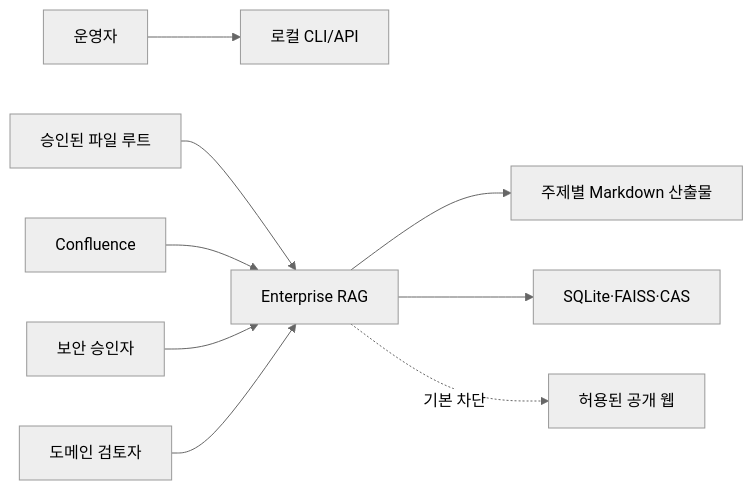
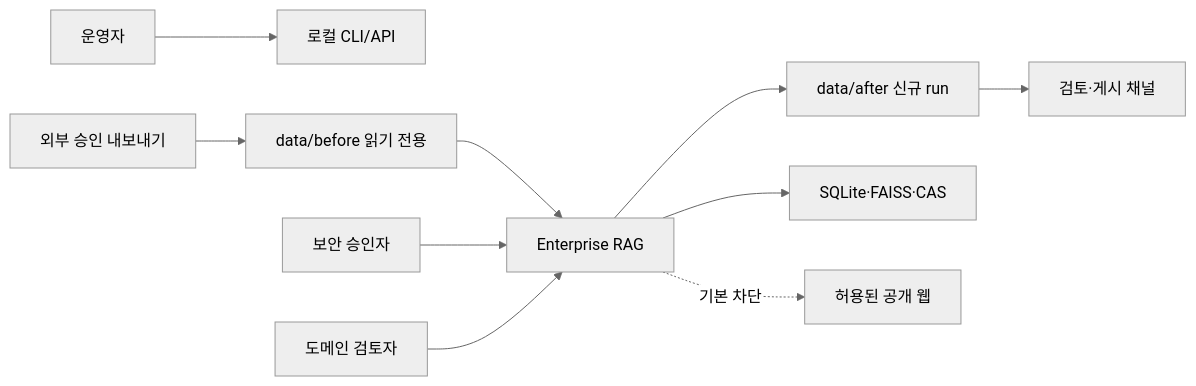
One commit to creatorjun/RAG changed the first of 6 diagrams in docs/architecture.md. Above: the diagram before and after it, drawn with Mermaid (neutral theme). The commit also changed other lines of this file and 35 other files, not shown here.

````diff
--- a/docs/architecture.md
+++ b/docs/architecture.md
@@ -10,11 +10,12 @@
 ```mermaid
 flowchart LR
     OP["운영자"] --> CLI["로컬 CLI/API"]
-    FS["승인된 파일 루트"] --> SYS["Enterprise RAG"]
-    CF["Confluence"] --> SYS
-    SYS --> WIKI["주제별 Markdown 산출물"]
+    EX["외부 승인 내보내기"] --> BEFORE["data/before 읽기 전용"]
+    BEFORE --> SYS["Enterprise RAG"]
+    SYS --> AFTER["data/after 신규 run"]
+    AFTER --> WIKI["검토·게시 채널"]
     SYS --> DB["SQLite·FAISS·CAS"]
     SYS -. "기본 차단" .-> WEB["허용된 공개 웹"]
     SEC["보안 승인자"] --> SYS
     REV["도메인 검토자"] --> SYS
 ```
````
